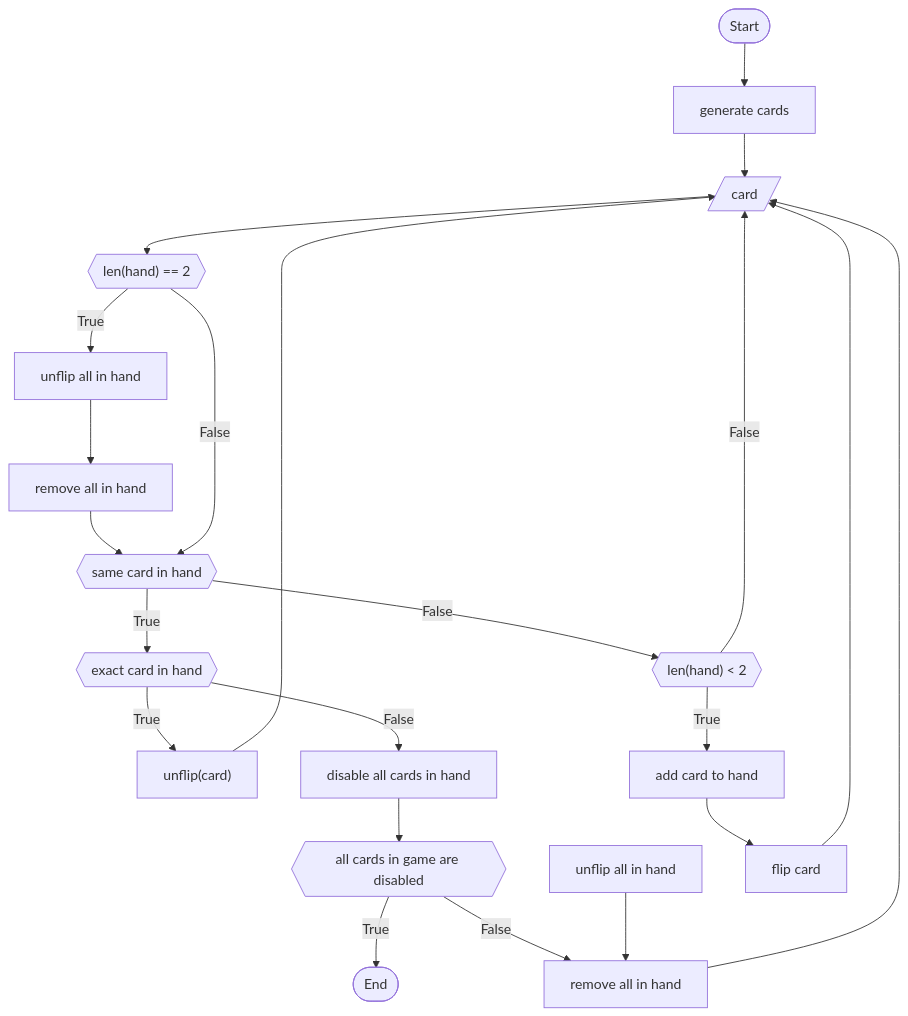
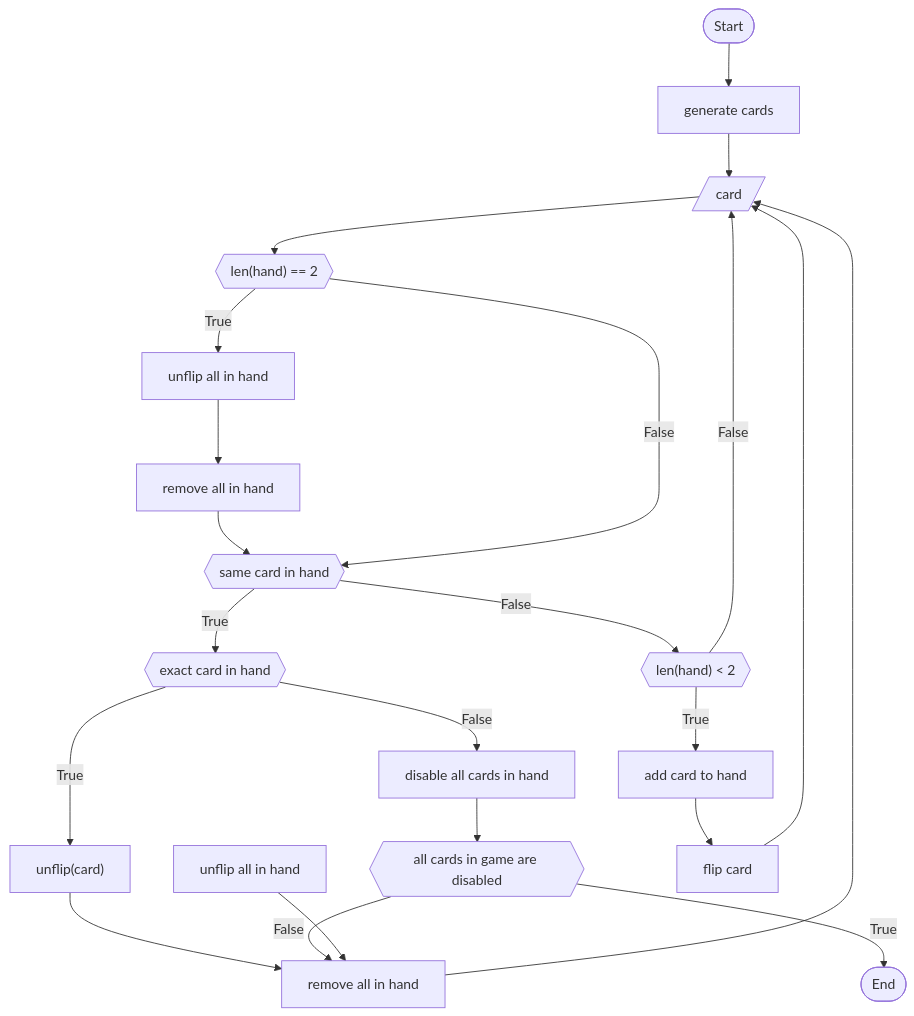
Before and after one commit to jnmbk/wg-memory: the diagram in README.md, drawn with Mermaid. The commit also changed 3 other files, not shown here.

````diff
--- a/README.md
+++ b/README.md
@@ -9,21 +9,21 @@
 ```mermaid
 flowchart TB
 s([Start]) --> gc[generate cards]
 gc --> m[/card/]
 hf{{"len(hand) == 2"}}
 m --> hf
 hf -- True --> hft[unflip all in hand] --> hft2[remove all in hand] --> sc
 hf -- False --> sc
-ec{{exact card in hand}} -- True --> ufc["unflip(card)"] --> m
+ec{{exact card in hand}} -- True --> ufc["unflip(card)"] --> uh
 ec -- False --> ua[disable all cards in hand]
 u["unflip all in hand"]
 goc{{all cards in game are disabled}} -- True --> e([End])
 goc -- False --> uh
 ua --> goc
 sc{{same card in hand}} -- True --> ec
 u --> uh
 uh[remove all in hand] --> m
 sc -- False --> c2{{"len(hand) < 2"}}
 c2 -- True --> a[add card to hand] --> fc[flip card] --> m
 c2 -- False --> m
 ```
````
